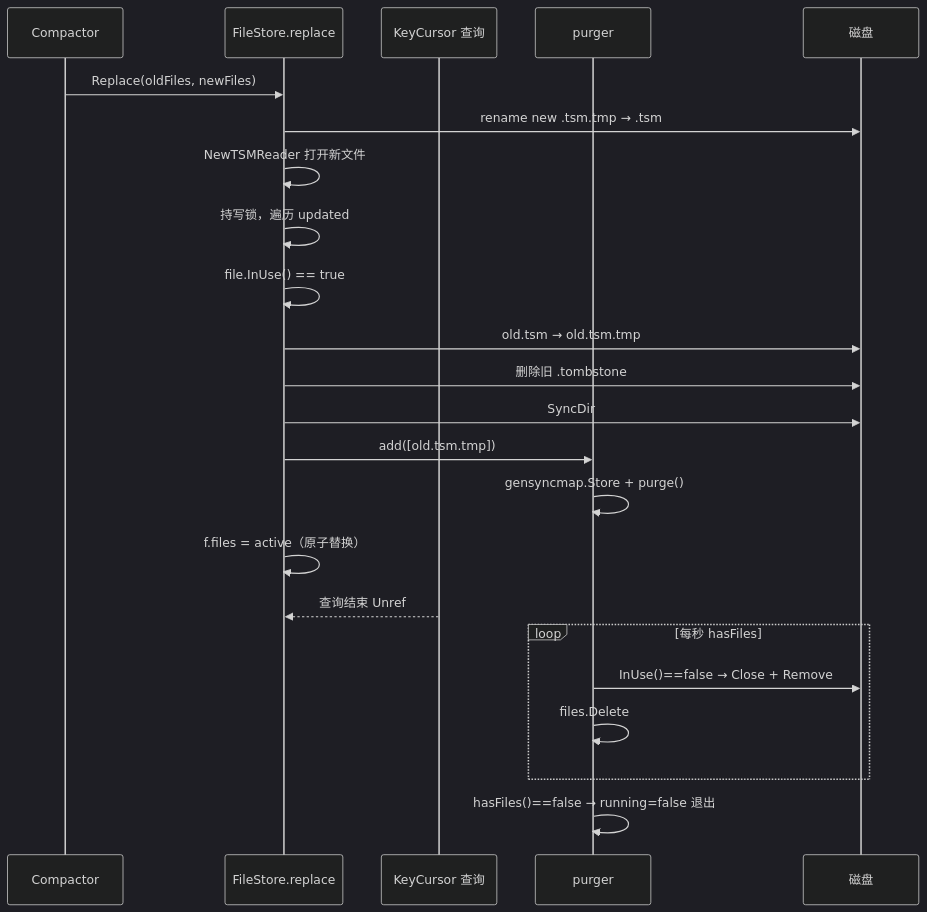
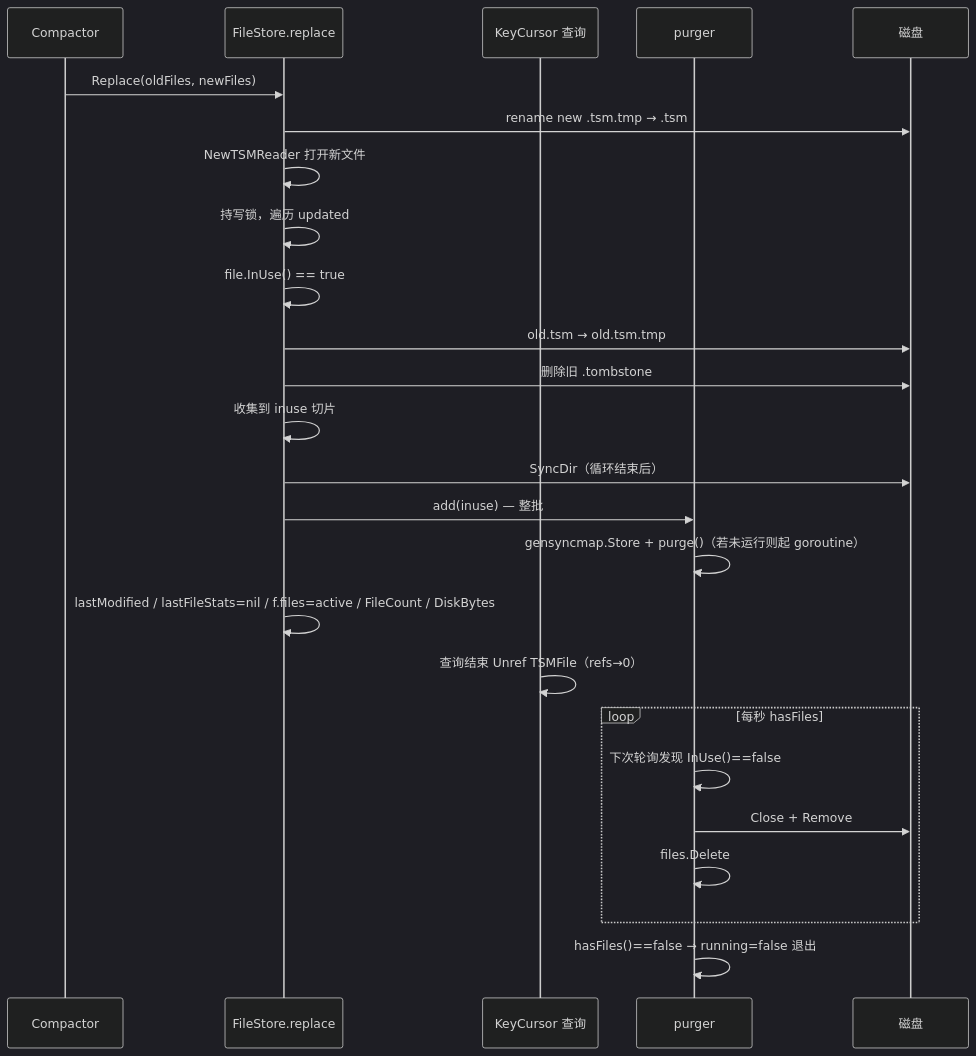
The third of 3 diagrams in docs/specs/v1.8.10-vs-v1.12.3/04_storage_compaction_diff.md (stefanv5/influxdb), drawn with Mermaid (dark theme) before and after one commit. The commit also changed other lines of this file and 18 other files, not shown here.

````diff
--- a/docs/specs/v1.8.10-vs-v1.12.3/04_storage_compaction_diff.md
+++ b/docs/specs/v1.8.10-vs-v1.12.3/04_storage_compaction_diff.md
@@ -1435,26 +1478,28 @@
 ```mermaid
 sequenceDiagram
     participant C as Compactor
     participant FS as FileStore.replace
     participant Q as KeyCursor 查询
     participant P as purger
     participant D as 磁盘
 
     C->>FS: Replace(oldFiles, newFiles)
     FS->>D: rename new .tsm.tmp → .tsm
     FS->>FS: NewTSMReader 打开新文件
     FS->>FS: 持写锁，遍历 updated
     FS->>FS: file.InUse() == true
     FS->>D: old.tsm → old.tsm.tmp
     FS->>D: 删除旧 .tombstone
-    FS->>D: SyncDir
-    FS->>P: add([old.tsm.tmp])
-    P->>P: gensyncmap.Store + purge()
-    FS->>FS: f.files = active（原子替换）
-    Q-->>FS: 查询结束 Unref
+    FS->>FS: 收集到 inuse 切片
+    FS->>D: SyncDir（循环结束后）
+    FS->>P: add(inuse) — 整批
+    P->>P: gensyncmap.Store + purge()（若未运行则起 goroutine）
+    FS->>FS: lastModified / lastFileStats=nil / f.files=active / FileCount / DiskBytes
+    Q->>Q: 查询结束 Unref TSMFile（refs→0）
     loop 每秒 hasFiles
-        P->>D: InUse()==false → Close + Remove
+        P->>P: 下次轮询发现 InUse()==false
+        P->>D: Close + Remove
         P->>P: files.Delete
     end
     P->>P: hasFiles()==false → running=false 退出
 ```
````
